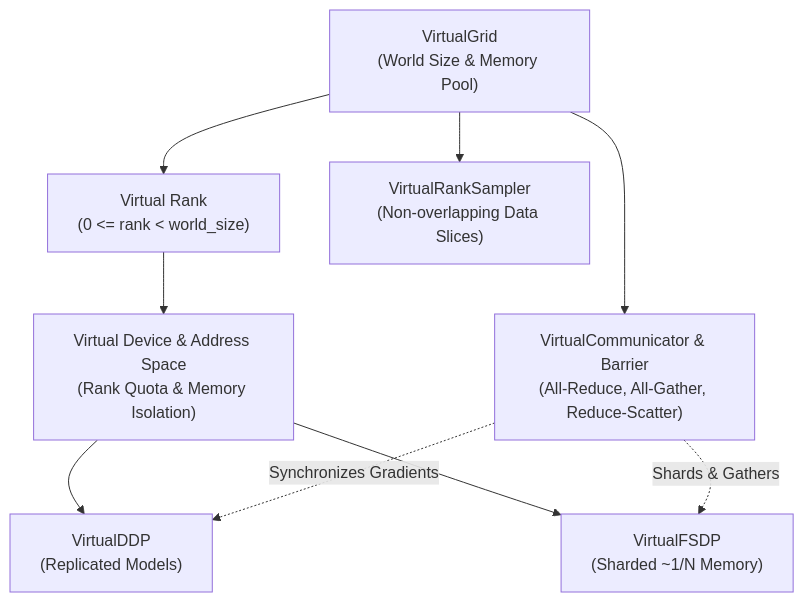
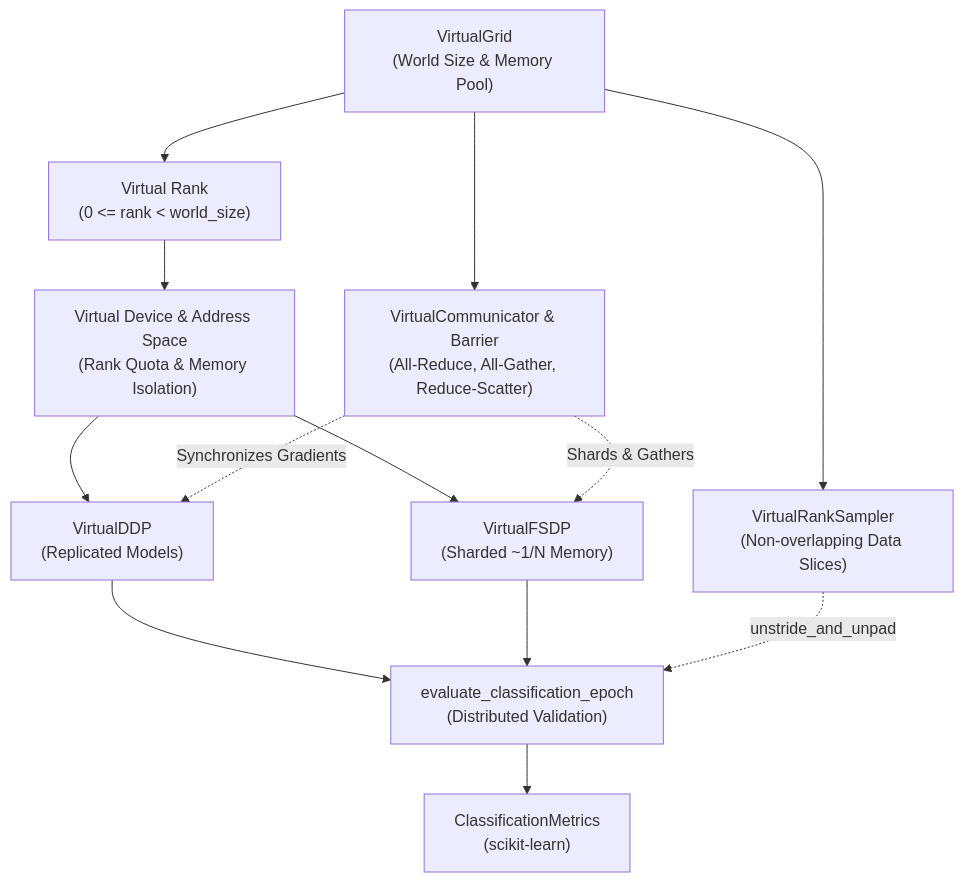
One commit to rsyue/amd-spare-bedroom changed the diagram in GLOSSARY.md. Above: the diagram before and after it, drawn with Mermaid. The commit also changed other lines of this file and 10 other files, not shown here.

Commit message:
feat: add per-epoch classification evaluation with scikit-learn (#2) (#10)

````diff
--- a/GLOSSARY.md
+++ b/GLOSSARY.md
@@ -33,11 +39,15 @@
 ```mermaid
 flowchart TD
     VG["VirtualGrid\n(World Size & Memory Pool)"] --> VR["Virtual Rank\n(0 <= rank < world_size)"]
     VR --> VD["Virtual Device & Address Space\n(Rank Quota & Memory Isolation)"]
     VG --> VC["VirtualCommunicator & Barrier\n(All-Reduce, All-Gather, Reduce-Scatter)"]
     VG --> RS["VirtualRankSampler\n(Non-overlapping Data Slices)"]
     VD --> DDP["VirtualDDP\n(Replicated Models)"]
     VD --> FSDP["VirtualFSDP\n(Sharded ~1/N Memory)"]
     VC -. "Synchronizes Gradients" .-> DDP
     VC -. "Shards & Gathers" .-> FSDP
+    DDP --> EVAL["evaluate_classification_epoch\n(Distributed Validation)"]
+    FSDP --> EVAL
+    RS -. "unstride_and_unpad" .-> EVAL
+    EVAL --> METRICS["ClassificationMetrics\n(scikit-learn)"]
 ```
````
